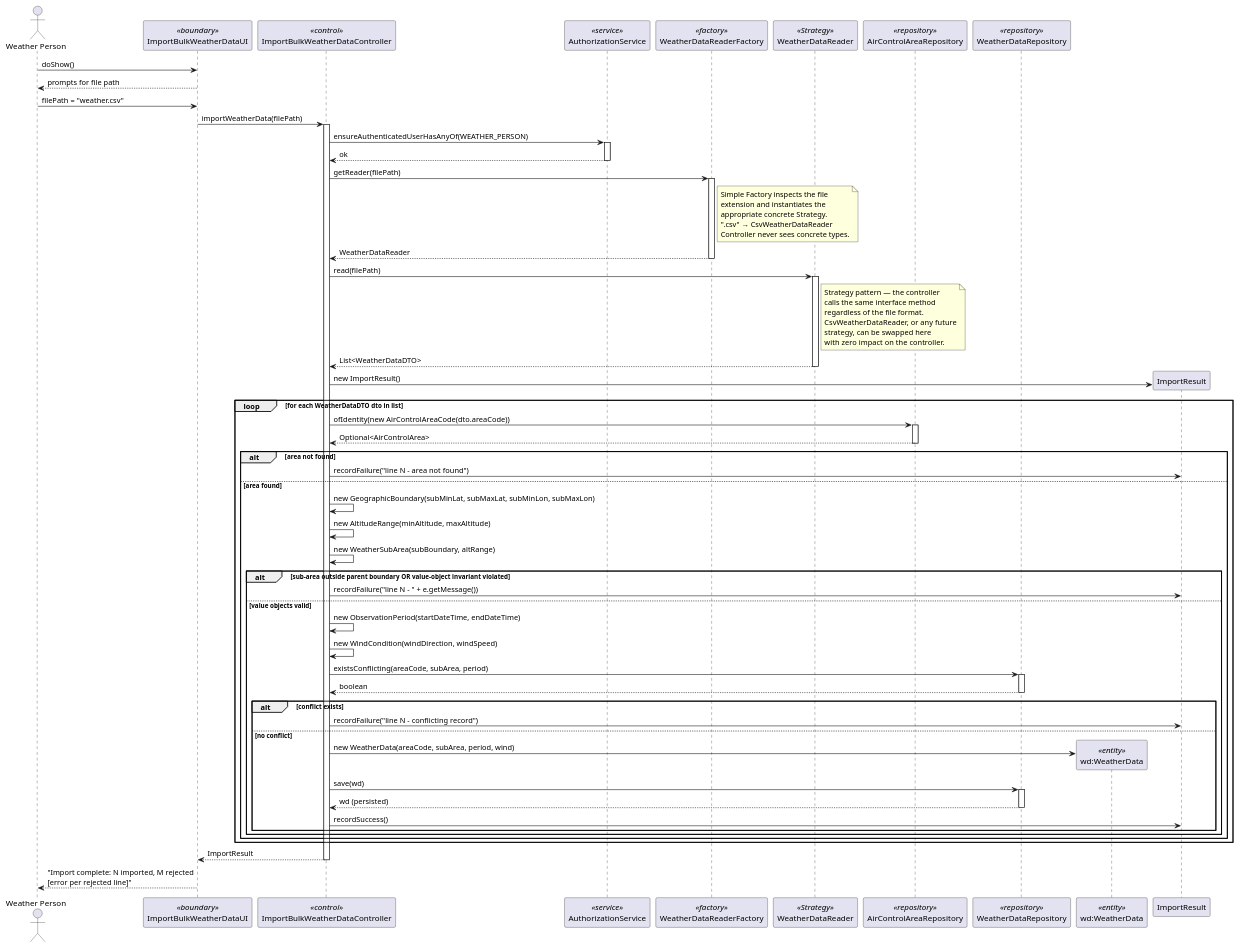
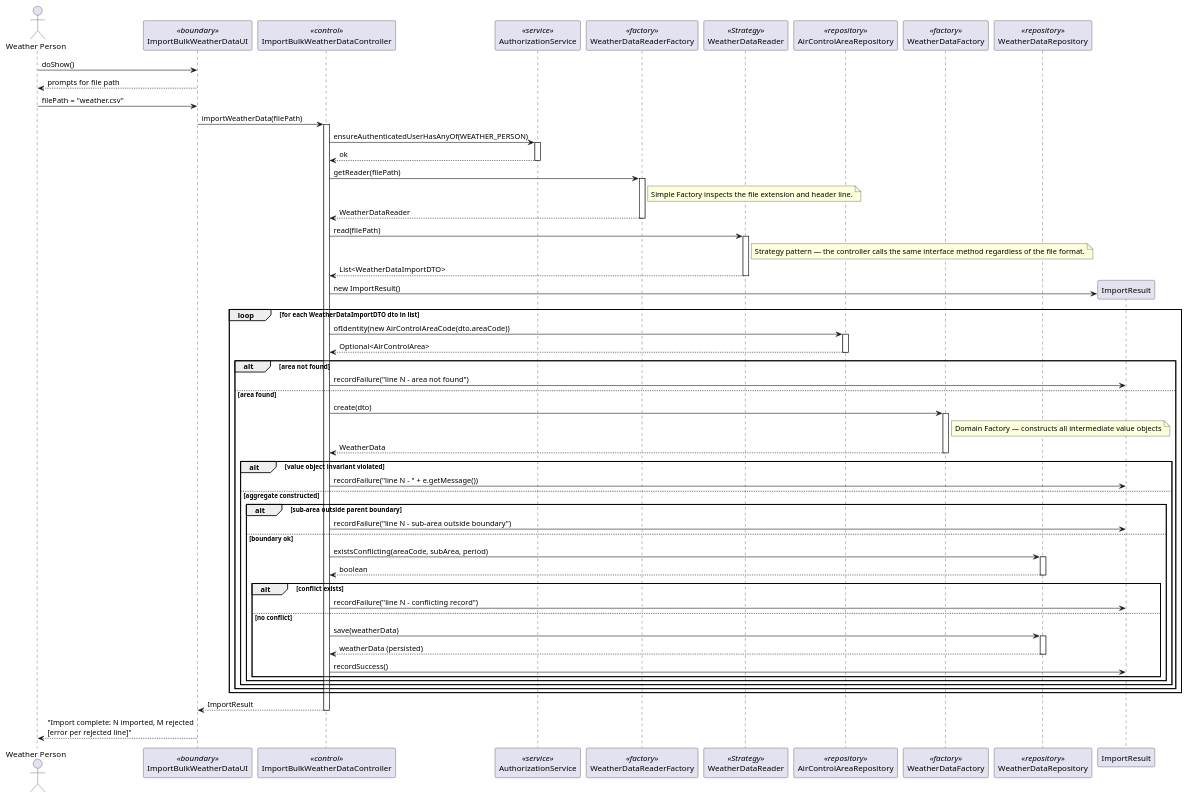
The diagram in docs/Sprint 3/EAPLI/US042/puml/US042-sequence-diagram.puml (DuartePinto1240/sem4pi2526-sem4pi2526_2da2), drawn with PlantUML before and after one commit. The commit also changed 5 other files, not shown here.

Commit message:
US42: delegate aggregate construction to WeatherDataFactory #165

```diff
--- a/docs/Sprint 3/EAPLI/US042/puml/US042-sequence-diagram.puml
+++ b/docs/Sprint 3/EAPLI/US042/puml/US042-sequence-diagram.puml
@@ -1,103 +1,100 @@
 @startuml US042-sequence-diagram
 actor "Weather Person" as WP
 participant ImportBulkWeatherDataUI as UI <<boundary>>
 participant ImportBulkWeatherDataController as CTRL <<control>>
 participant AuthorizationService as AUTHZ <<service>>
-participant WeatherDataReaderFactory as FACTORY <<factory>>
+participant WeatherDataReaderFactory as READER_FACTORY <<factory>>
 participant WeatherDataReader as READER <<Strategy>>
 participant AirControlAreaRepository as AREA_REPO <<repository>>
+participant WeatherDataFactory as WD_FACTORY <<factory>>
 participant WeatherDataRepository as WD_REPO <<repository>>
-participant "wd:WeatherData" as WD <<entity>>
 participant ImportResult as RESULT
 
 WP -> UI : doShow()
 UI --> WP : prompts for file path
 
 WP -> UI : filePath = "weather.csv"
 
 UI -> CTRL : importWeatherData(filePath)
 activate CTRL
 
 CTRL -> AUTHZ : ensureAuthenticatedUserHasAnyOf(WEATHER_PERSON)
 activate AUTHZ
 AUTHZ --> CTRL : ok
 deactivate AUTHZ
 
-CTRL -> FACTORY : getReader(filePath)
-activate FACTORY
-note right of FACTORY
-  Simple Factory inspects the file
-  extension and instantiates the
-  appropriate concrete Strategy.
-  ".csv" → CsvWeatherDataReader
-  Controller never sees concrete types.
+CTRL -> READER_FACTORY : getReader(filePath)
+activate READER_FACTORY
+note right of READER_FACTORY
+  Simple Factory inspects the file extension and header line.
 end note
-FACTORY --> CTRL : WeatherDataReader
-deactivate FACTORY
+READER_FACTORY --> CTRL : WeatherDataReader
+deactivate READER_FACTORY
 
 CTRL -> READER : read(filePath)
 note right of READER
-  Strategy pattern — the controller
-  calls the same interface method
-  regardless of the file format.
-  CsvWeatherDataReader, or any future
-  strategy, can be swapped here
-  with zero impact on the controller.
+  Strategy pattern — the controller calls the same interface method regardless of the file format.
 end note
 activate READER
-READER --> CTRL : List<WeatherDataDTO>
+READER --> CTRL : List<WeatherDataImportDTO>
 deactivate READER
 
 CTRL -> RESULT ** : new ImportResult()
 
-loop for each WeatherDataDTO dto in list
+loop for each WeatherDataImportDTO dto in list
 
   CTRL -> AREA_REPO : ofIdentity(new AirControlAreaCode(dto.areaCode))
   activate AREA_REPO
   AREA_REPO --> CTRL : Optional<AirControlArea>
   deactivate AREA_REPO
 
   alt area not found
     CTRL -> RESULT : recordFailure("line N – area not found")
 
   else area found
 
-    CTRL -> CTRL : new GeographicBoundary(subMinLat, subMaxLat, subMinLon, subMaxLon)
-    CTRL -> CTRL : new AltitudeRange(minAltitude, maxAltitude)
-    CTRL -> CTRL : new WeatherSubArea(subBoundary, altRange)
+    CTRL -> WD_FACTORY : create(dto)
+    activate WD_FACTORY
+    note right of WD_FACTORY
+      Domain Factory — constructs all intermediate value objects
+    end note
+    WD_FACTORY --> CTRL : WeatherData
+    deactivate WD_FACTORY
 
-    alt sub-area outside parent boundary OR value-object invariant violated
+    alt value object invariant violated
       CTRL -> RESULT : recordFailure("line N – " + e.getMessage())
 
-    else value objects valid
+    else aggregate constructed
 
-      CTRL -> CTRL : new ObservationPeriod(startDateTime, endDateTime)
-      CTRL -> CTRL : new WindCondition(windDirection, windSpeed)
+      alt sub-area outside parent boundary
+        CTRL -> RESULT : recordFailure("line N – sub-area outside boundary")
 
-      CTRL -> WD_REPO : existsConflicting(areaCode, subArea, period)
-      activate WD_REPO
-      WD_REPO --> CTRL : boolean
-      deactivate WD_REPO
+      else boundary ok
 
-      alt conflict exists
-        CTRL -> RESULT : recordFailure("line N – conflicting record")
+        CTRL -> WD_REPO : existsConflicting(areaCode, subArea, period)
+        activate WD_REPO
+        WD_REPO --> CTRL : boolean
+        deactivate WD_REPO
 
-      else no conflict
-        CTRL -> WD ** : new WeatherData(areaCode, subArea, period, wind)
-        CTRL -> WD_REPO : save(wd)
-        activate WD_REPO
-        WD_REPO --> CTRL : wd (persisted)
-        deactivate WD_REPO
-        CTRL -> RESULT : recordSuccess()
+        alt conflict exists
+          CTRL -> RESULT : recordFailure("line N – conflicting record")
+
+        else no conflict
+          CTRL -> WD_REPO : save(weatherData)
+          activate WD_REPO
+          WD_REPO --> CTRL : weatherData (persisted)
+          deactivate WD_REPO
+          CTRL -> RESULT : recordSuccess()
+        end
       end
     end
   end
 
 end
 
 CTRL --> UI : ImportResult
 deactivate CTRL
 
 UI --> WP : "Import complete: N imported, M rejected\n[error per rejected line]"
 
 @enduml
```
